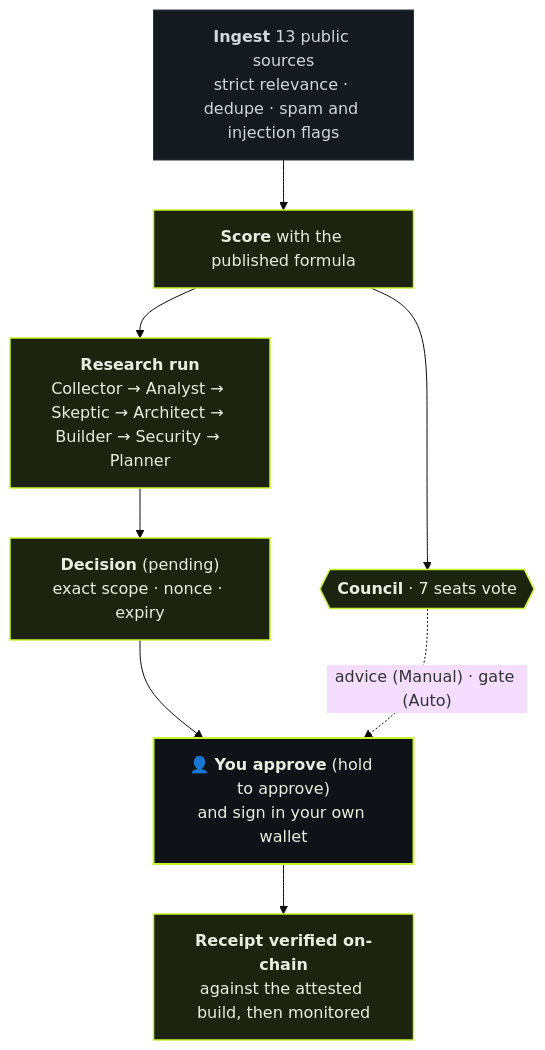
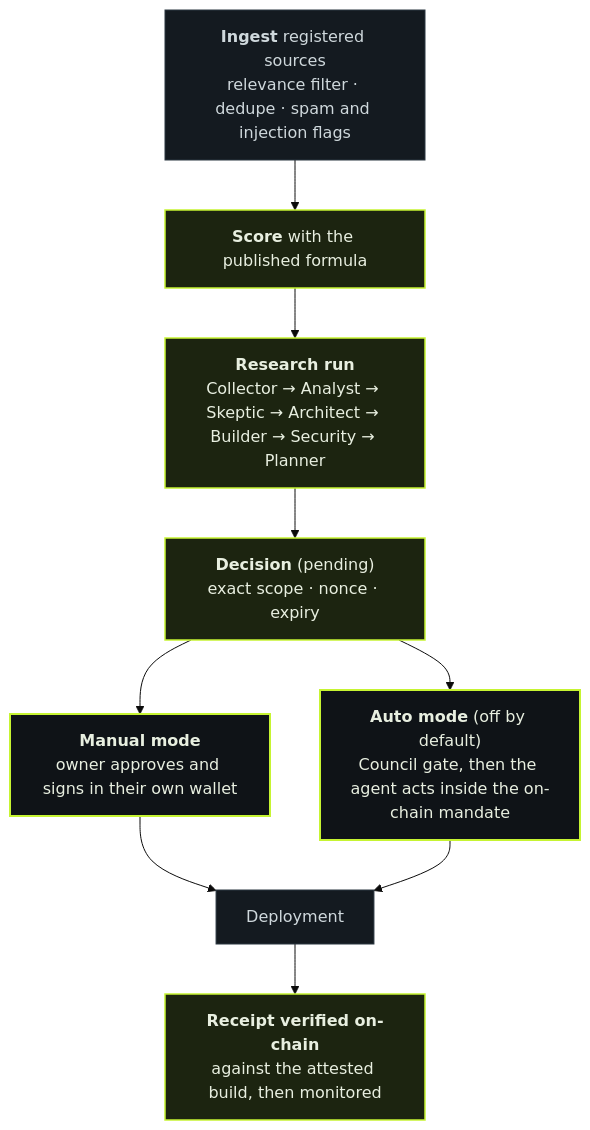
Before and after one commit to johnnyduo/autonear: the first of 3 diagrams in README.md, drawn with Mermaid (base theme). The commit also changed other lines of this file and 29 other files, not shown here.

````diff
--- a/README.md
+++ b/README.md
@@ -77,18 +98,20 @@
 ```mermaid
 flowchart TB
     classDef n fill:#141a20,stroke:#2b3640,color:#cfd8dc
     classDef k fill:#1c2410,stroke:#c6f432,color:#e8efe0,stroke-width:1.5px
     classDef h fill:#0f1317,stroke:#c6f432,color:#e8efe0,stroke-width:2px
 
-    I["<b>Ingest</b> 13 public sources<br/>strict relevance · dedupe · spam and injection flags"]:::n
+    I["<b>Ingest</b> registered sources<br/>relevance filter · dedupe · spam and injection flags"]:::n
     SC["<b>Score</b> with the published formula"]:::k
     R["<b>Research run</b><br/>Collector → Analyst → Skeptic → Architect → Builder → Security → Planner"]:::k
     D["<b>Decision</b> (pending)<br/>exact scope · nonce · expiry"]:::k
-    C{{"<b>Council</b> · 7 seats vote"}}:::k
-    H["👤 <b>You approve</b> (hold to approve)<br/>and sign in your own wallet"]:::h
+    MAN["<b>Manual mode</b><br/>owner approves and signs in their own wallet"]:::h
+    AUTO["<b>Auto mode</b> (off by default)<br/>Council gate, then the agent acts inside the on-chain mandate"]:::h
+    DEP["Deployment"]:::n
     V["<b>Receipt verified on-chain</b><br/>against the attested build, then monitored"]:::k
 
-    I --> SC --> R --> D --> H --> V
-    SC --> C
-    C -. "advice (Manual) · gate (Auto)" .-> H
+    I --> SC --> R --> D
+    D --> MAN --> DEP
+    D --> AUTO --> DEP
+    DEP --> V
 ```
````
